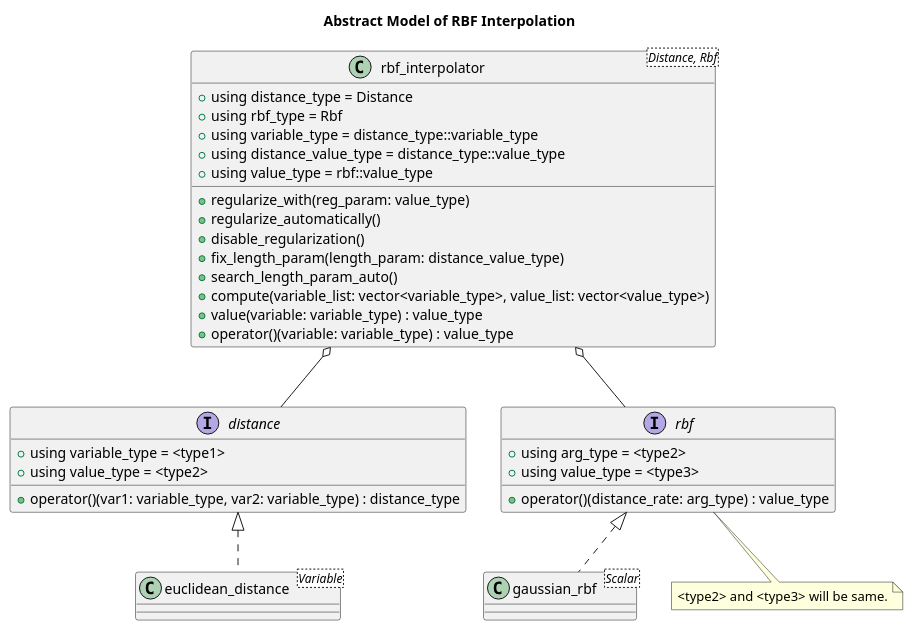
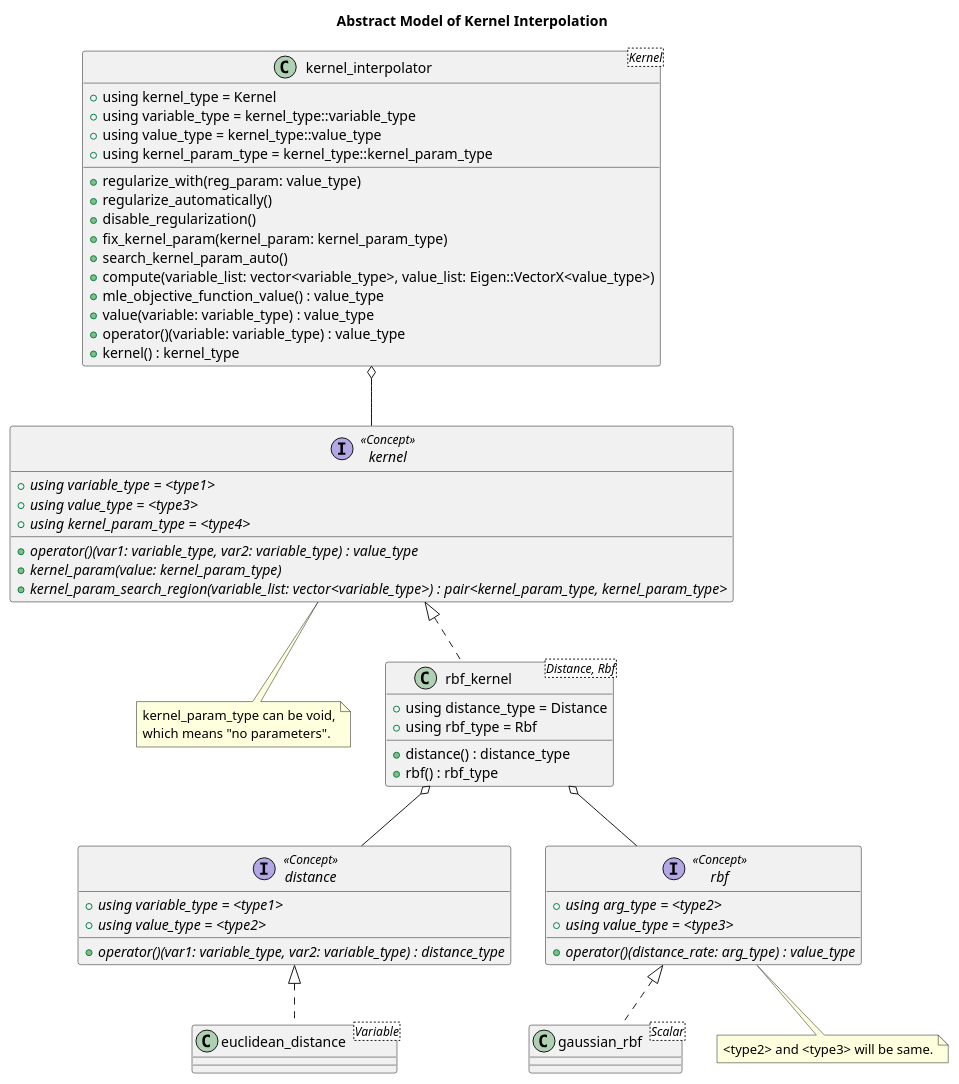
The diagram in doc/sphinx/src/basic_design/interp.rst (MusicScience37/numerical-collection-cpp), drawn with PlantUML before and after one commit. The commit also changed other lines of this file, not shown here.

Commit message:
doc: rewrite abstract model of kernel interpolation

```diff
--- a/doc/sphinx/src/basic_design/interp.rst
+++ b/doc/sphinx/src/basic_design/interp.rst
@@ -7,44 +7,69 @@
 .. uml::
 
-    title Abstract Model of RBF Interpolation
+    title Abstract Model of Kernel Interpolation
 
-    interface distance {
-        + using variable_type = <type1>
-        + using value_type = <type2>
-        + operator()(var1: variable_type, var2: variable_type) : distance_type
+    interface distance <<Concept>> {
+        {abstract} + using variable_type = <type1>
+        {abstract} + using value_type = <type2>
+        {abstract} + operator()(var1: variable_type, var2: variable_type) : distance_type
     }
 
     class euclidean_distance<Variable>
     distance <|.. euclidean_distance
 
-    interface rbf {
-        + using arg_type = <type2>
-        + using value_type = <type3>
-        + operator()(distance_rate: arg_type) : value_type
+    interface rbf <<Concept>> {
+        {abstract} + using arg_type = <type2>
+        {abstract} + using value_type = <type3>
+        {abstract} + operator()(distance_rate: arg_type) : value_type
     }
 
     class gaussian_rbf<Scalar>
     rbf <|.. gaussian_rbf
 
     note as type23_note
         <type2> and <type3> will be same.
     endnote
     rbf .. type23_note
 
-    class rbf_interpolator<Distance, Rbf> {
+    interface kernel <<Concept>> {
+        {abstract} + using variable_type = <type1>
+        {abstract} + using value_type = <type3>
+        {abstract} + using kernel_param_type = <type4>
+        {abstract} + operator()(var1: variable_type, var2: variable_type) : value_type
+        {abstract} + kernel_param(value: kernel_param_type)
+        {abstract} + kernel_param_search_region(variable_list: vector<variable_type>) : pair<kernel_param_type, kernel_param_type>
+    }
+
+    note as kernel_param_type_note
+        kernel_param_type can be void,
+        which means "no parameters".
+    endnote
+    kernel .. kernel_param_type_note
+
+    class rbf_kernel<Distance, Rbf> {
         + using distance_type = Distance
         + using rbf_type = Rbf
-        + using variable_type = distance_type::variable_type
-        + using distance_value_type = distance_type::value_type
-        + using value_type = rbf::value_type
+        + distance() : distance_type
+        + rbf() : rbf_type
+    }
+    kernel <|.. rbf_kernel
+    rbf_kernel o-- distance
+    rbf_kernel o-- rbf
+
+    class kernel_interpolator<Kernel> {
+        + using kernel_type = Kernel
+        + using variable_type = kernel_type::variable_type
+        + using value_type = kernel_type::value_type
+        + using kernel_param_type = kernel_type::kernel_param_type
         + regularize_with(reg_param: value_type)
         + regularize_automatically()
         + disable_regularization()
-        + fix_length_param(length_param: distance_value_type)
-        + search_length_param_auto()
-        + compute(variable_list: vector<variable_type>, value_list: vector<value_type>)
+        + fix_kernel_param(kernel_param: kernel_param_type)
+        + search_kernel_param_auto()
+        + compute(variable_list: vector<variable_type>, value_list: Eigen::VectorX<value_type>)
+        + mle_objective_function_value() : value_type
         + value(variable: variable_type) : value_type
         + operator()(variable: variable_type) : value_type
+        + kernel() : kernel_type
     }
-    rbf_interpolator o-- distance
-    rbf_interpolator o-- rbf
+    kernel_interpolator o-- kernel
```
